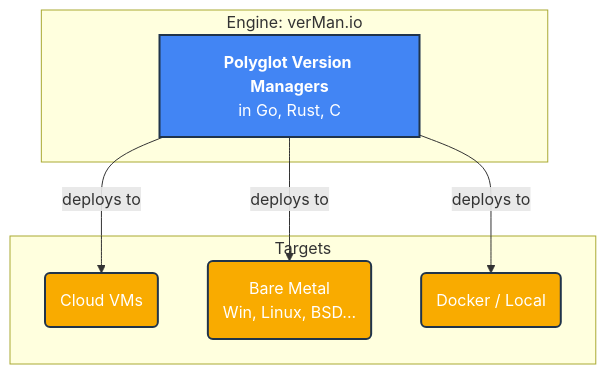
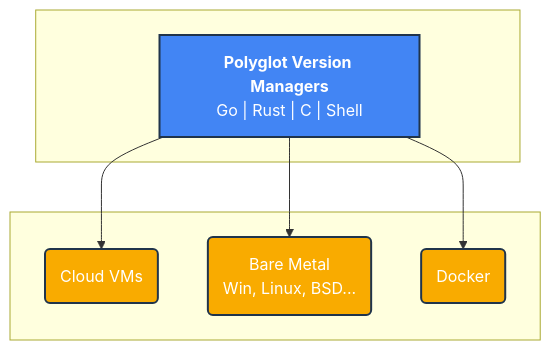
One commit to SamuelMarks/SamuelMarks changed the second of 2 diagrams in README.md. Above: the diagram before and after it, drawn with Mermaid. The commit also changed other lines of this file, not shown here.

Commit message:
[README.md] Minor touch up

````diff
--- a/README.md
+++ b/README.md
@@ -69,21 +69,21 @@
 ```mermaid
 graph TD
-    subgraph "Engine: verMan.io"
-        Mgrs["<b>Polyglot Version Managers</b><br>in Go, Rust, C"]:::blue
+    subgraph " "
+        Mgrs["<b>Polyglot Version Managers</b><br>Go | Rust | C | Shell"]:::blue
     end
 
-    subgraph "Targets"
+    subgraph " "
         Cloud("Cloud VMs"):::yellow
         Native("Bare Metal<br>Win, Linux, BSD..."):::yellow
-        Local("Docker / Local"):::yellow
+        Docker("Docker"):::yellow
     end
 
-    Mgrs -- "deploys to" --> Cloud
-    Mgrs -- "deploys to" --> Native
-    Mgrs -- "deploys to" --> Local
+    Mgrs --> Cloud
+    Mgrs --> Native
+    Mgrs --> Docker
 
     %% Styling
     classDef blue fill:#4285f4,stroke:#20344b,stroke-width:2px,color:#ffffff
     classDef yellow fill:#f9ab00,stroke:#20344b,stroke-width:2px,color:#ffffff
     classDef navy fill:#20344b,stroke:#a0a0a0,stroke-width:1px,color:#ffffff
 ```
````
